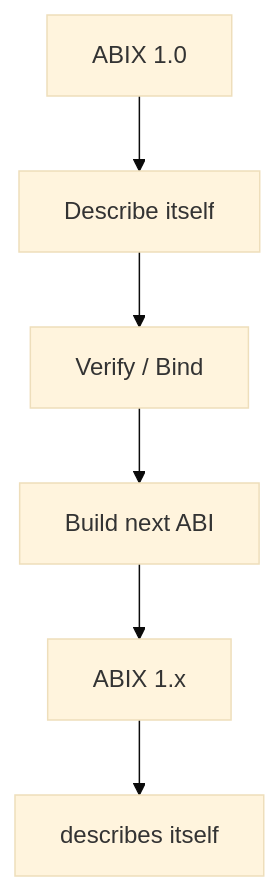
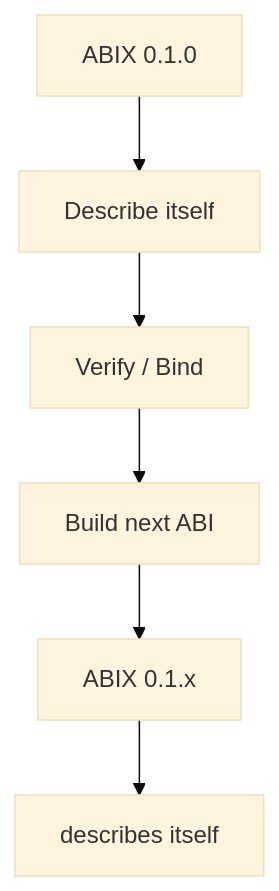
The first of 3 diagrams in docs/getting-started/self-hosting.md (Sukanle/ABIX), drawn with Mermaid (base theme) before and after one commit. The commit also changed other lines of this file and 262 other files, not shown here.

````diff
--- a/docs/getting-started/self-hosting.md
+++ b/docs/getting-started/self-hosting.md
@@ -22,8 +22,8 @@
 ```mermaid
 graph TD
-    A["ABIX 1.0"] --> B["Describe itself"]
+    A["ABIX 0.1.0"] --> B["Describe itself"]
     B --> C["Verify / Bind"]
     C --> D["Build next ABI"]
-    D --> E["ABIX 1.x"]
+    D --> E["ABIX 0.1.x"]
     E --> F["describes itself"]
 ```
````
